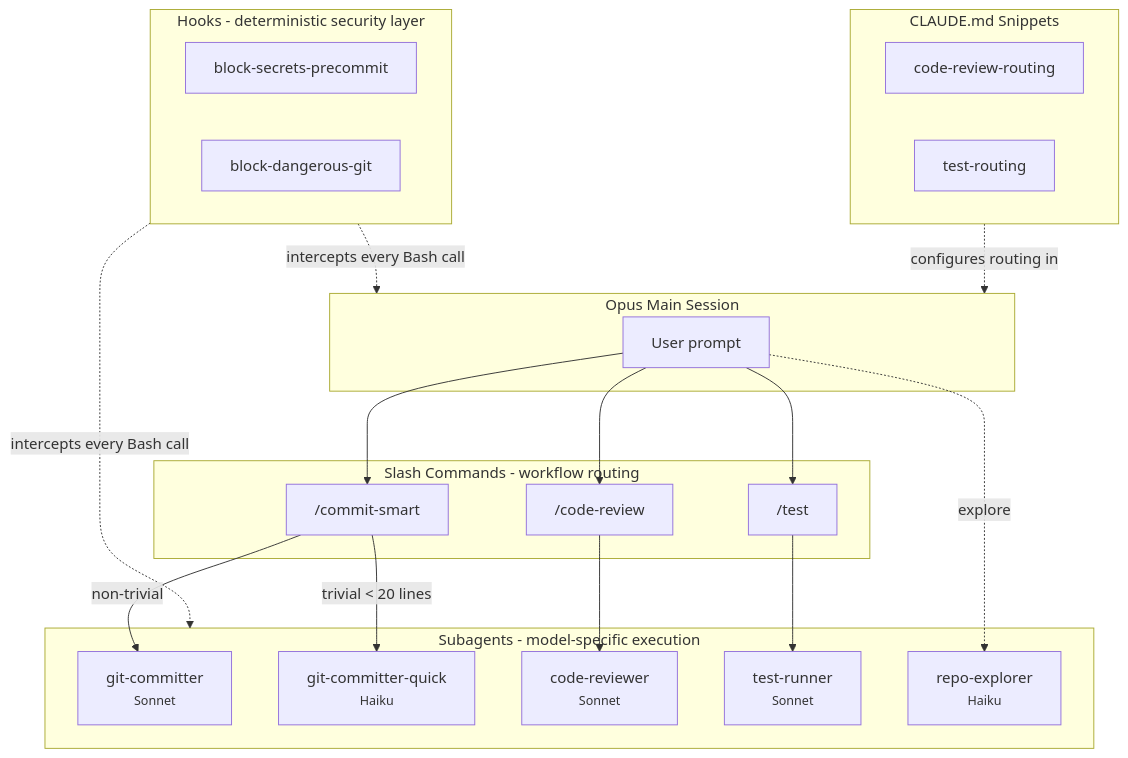
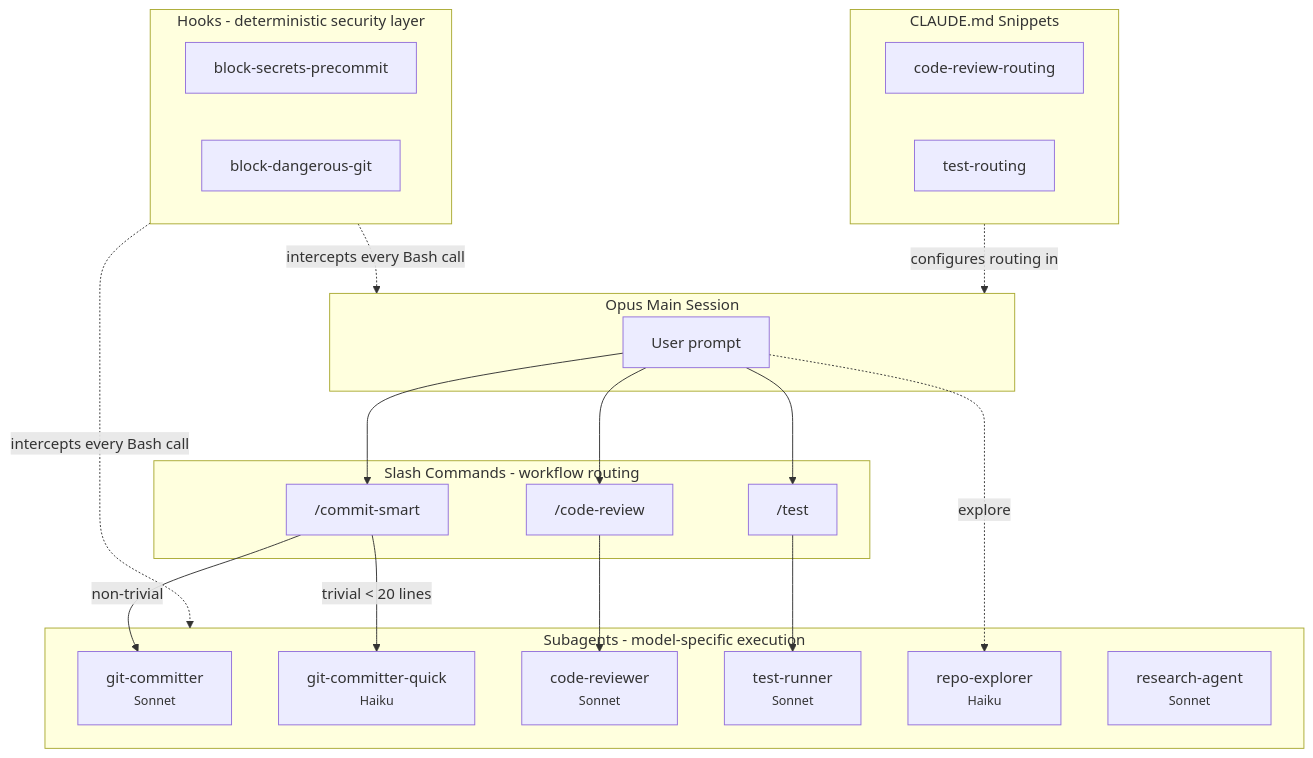
Before and after one commit to Filip-Podstavec/claude-leverage: the diagram in README.md, drawn with Mermaid. The commit also changed other lines of this file and 4 other files, not shown here.

First line of the commit message:
feat: add research-agent subagent and research-routing snippet

````diff
--- a/README.md
+++ b/README.md
@@ -28,41 +28,42 @@
 ```mermaid
 graph TB
     subgraph Main["Opus Main Session"]
         USER["User prompt"]
     end
 
     subgraph Commands["Slash Commands - workflow routing"]
         CS["/commit-smart"]
         CR["/code-review"]
         TT["/test"]
     end
 
     subgraph Agents["Subagents - model-specific execution"]
         GC["git-committer<br/><small>Sonnet</small>"]
         GCQ["git-committer-quick<br/><small>Haiku</small>"]
         CRA["code-reviewer<br/><small>Sonnet</small>"]
         TR["test-runner<br/><small>Sonnet</small>"]
         RX["repo-explorer<br/><small>Haiku</small>"]
+        RA["research-agent<br/><small>Sonnet</small>"]
     end
 
     subgraph Hooks["Hooks - deterministic security layer"]
         BS["block-secrets-precommit"]
         BD["block-dangerous-git"]
     end
 
     subgraph Snippets["CLAUDE.md Snippets"]
         CRR["code-review-routing"]
         TRR["test-routing"]
     end
 
     USER --> CS & CR & TT
     USER -.->|"explore"| RX
     CS -->|"non-trivial"| GC
     CS -->|"trivial < 20 lines"| GCQ
     CR --> CRA
     TT --> TR
 
     Hooks -.->|"intercepts every Bash call"| Main
     Hooks -.->|"intercepts every Bash call"| Agents
     Snippets -.->|"configures routing in"| Main
 ```
````
